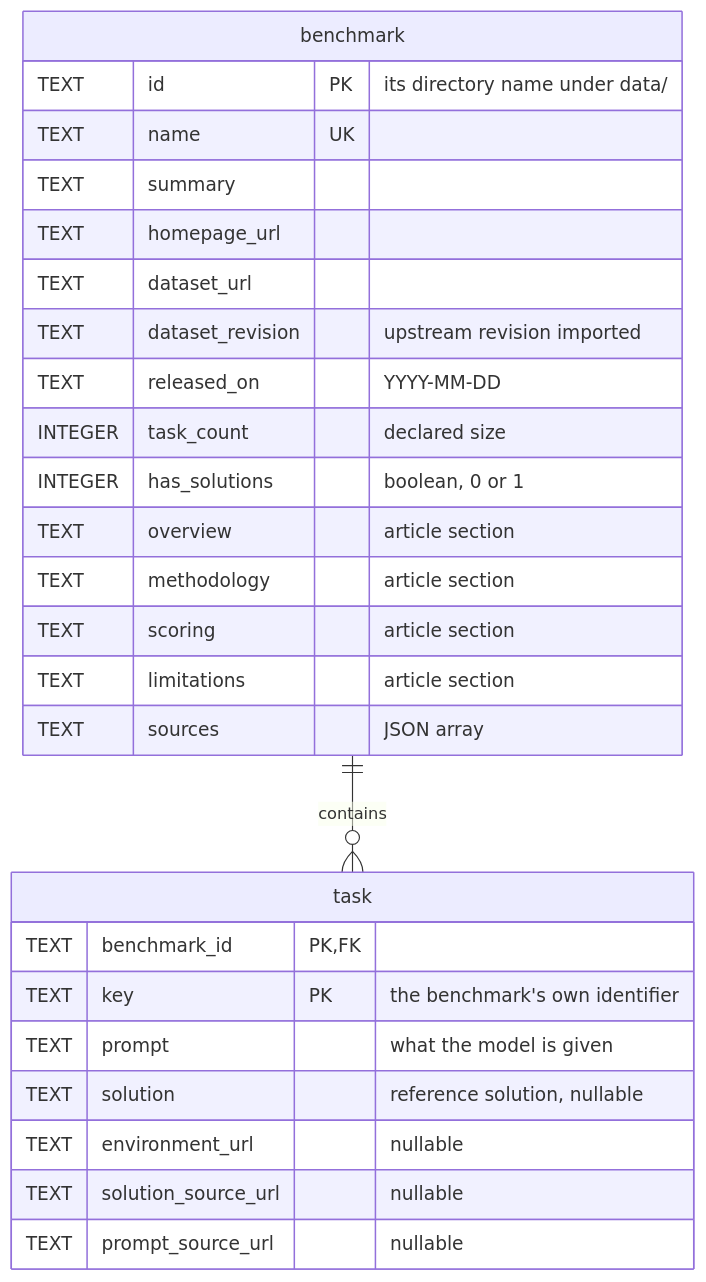
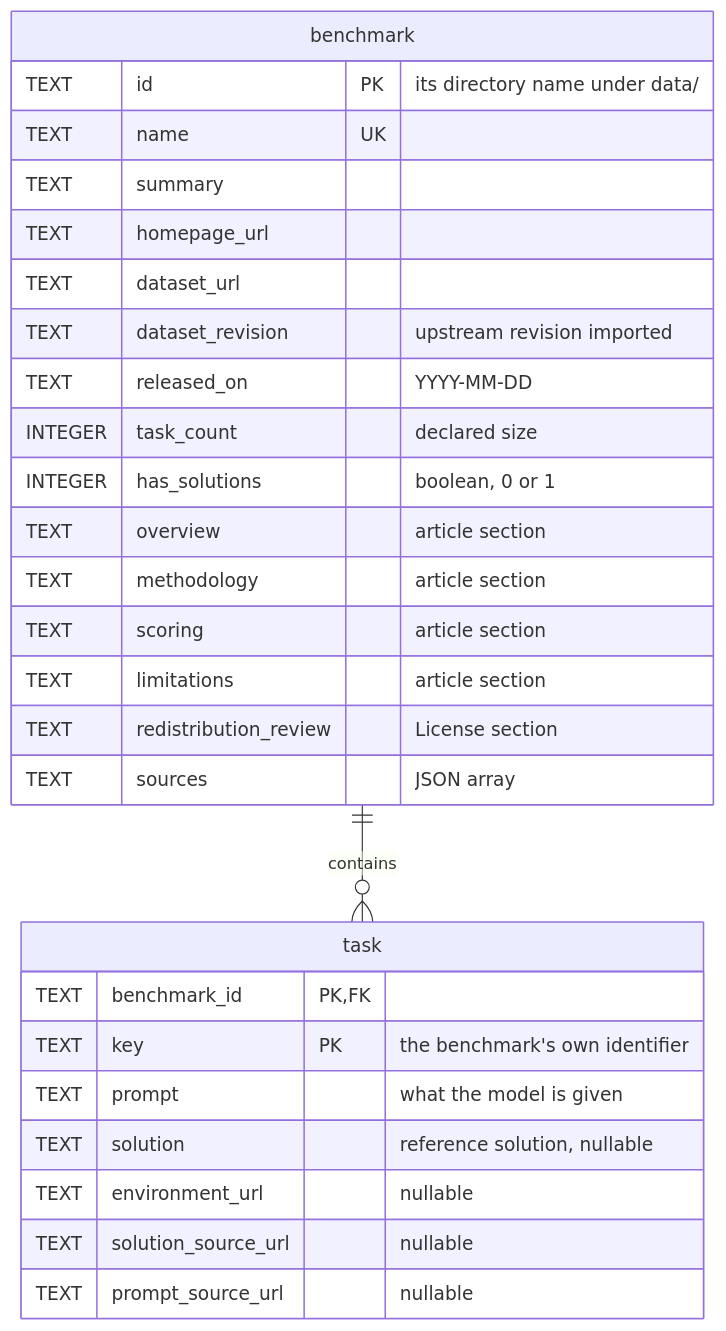
One commit to khooeee/benchopedia changed the diagram in README.md. Above: the diagram before and after it, drawn with Mermaid. The commit also changed other lines of this file and 20 other files, not shown here.

First line of the commit message:
Move license and attribution text into per-benchmark redistribution reviews (#20)

````diff
--- a/README.md
+++ b/README.md
@@ -25,30 +25,31 @@
 ```mermaid
 erDiagram
     benchmark ||--o{ task : contains
 
     benchmark {
         TEXT id PK "its directory name under data/"
         TEXT name UK
         TEXT summary
         TEXT homepage_url
         TEXT dataset_url
         TEXT dataset_revision "upstream revision imported"
         TEXT released_on "YYYY-MM-DD"
         INTEGER task_count "declared size"
         INTEGER has_solutions "boolean, 0 or 1"
         TEXT overview "article section"
         TEXT methodology "article section"
         TEXT scoring "article section"
         TEXT limitations "article section"
+        TEXT redistribution_review "License section"
         TEXT sources "JSON array"
     }
     task {
         TEXT benchmark_id PK, FK
         TEXT key PK "the benchmark's own identifier"
         TEXT prompt "what the model is given"
         TEXT solution "reference solution, nullable"
         TEXT environment_url "nullable"
         TEXT solution_source_url "nullable"
         TEXT prompt_source_url "nullable"
     }
 ```
````
